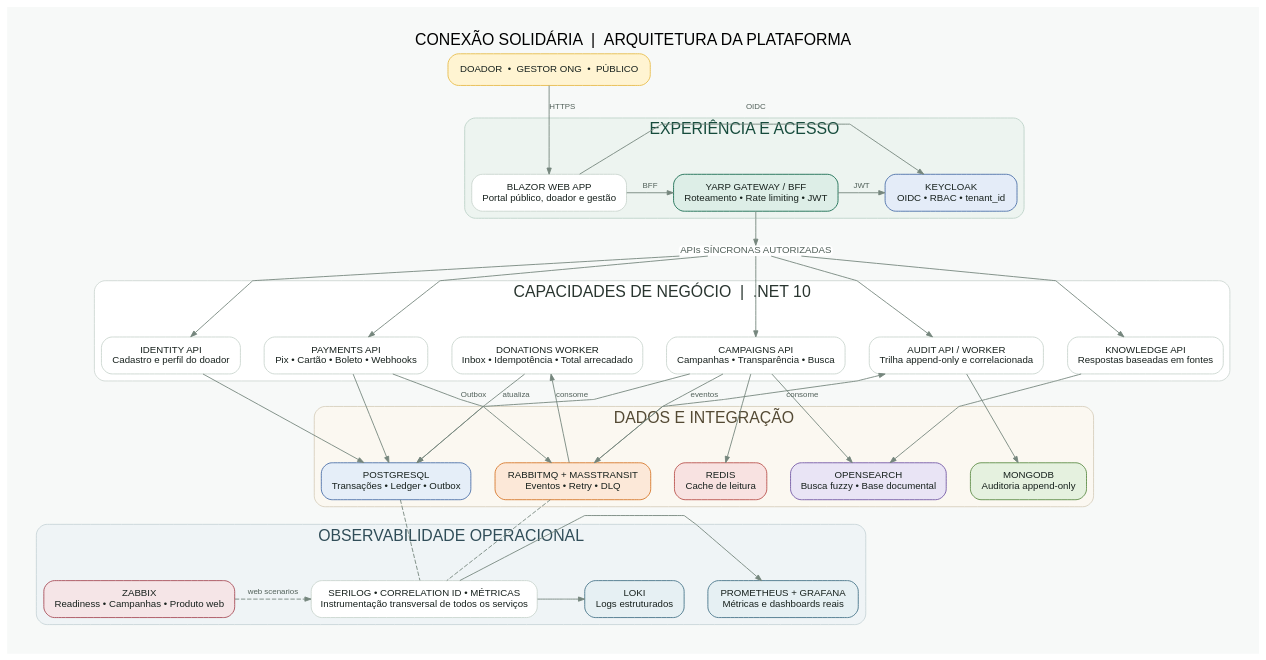
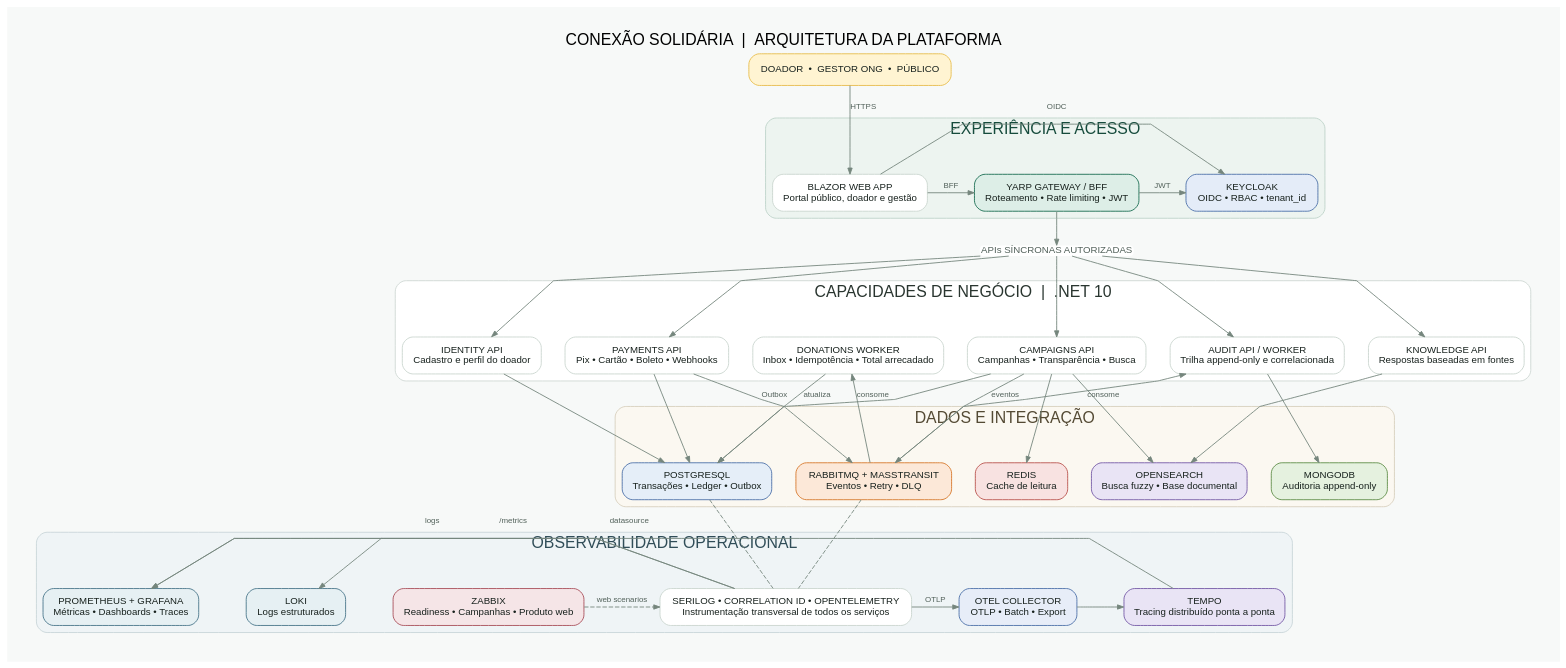
Before and after one commit to louresb/fiap-conexao-solidaria: the diagram in docs/architecture/platform-architecture.dot, drawn with Graphviz. The commit also changed 36 other files, not shown here.

```diff
--- a/docs/architecture/platform-architecture.dot
+++ b/docs/architecture/platform-architecture.dot
@@ -1,81 +1,88 @@
 digraph ConexaoSolidaria {
   graph [rankdir=TB, bgcolor="#F7F9F8", pad="0.35", nodesep="0.38", ranksep="0.52", splines=polyline, fontname="Arial", fontsize=18, labelloc="t", label="CONEXÃO SOLIDÁRIA  |  ARQUITETURA DA PLATAFORMA"];
   node [shape=rect, style="rounded,filled", color="#CAD5CF", fillcolor="#FFFFFF", fontname="Arial", fontcolor="#17211D", fontsize=11, margin="0.18,0.12"];
   edge [color="#75867D", fontname="Arial", fontcolor="#52615A", fontsize=9, arrowsize=0.7];
 
   personas [label="DOADOR  •  GESTOR ONG  •  PÚBLICO", fillcolor="#FFF4D2", color="#E8BC4B"];
 
   subgraph cluster_access {
     label="EXPERIÊNCIA E ACESSO";
     style="rounded,filled"; color="#BED3C9"; fillcolor="#EDF4F0"; fontcolor="#164B3C";
     web [label="BLAZOR WEB APP\nPortal público, doador e gestão"];
     gateway [label="YARP GATEWAY / BFF\nRoteamento • Rate limiting • JWT", fillcolor="#DDEEE7", color="#176B50"];
     keycloak [label="KEYCLOAK\nOIDC • RBAC • tenant_id", fillcolor="#E4ECF8", color="#4B6FA8"];
     { rank=same; web; gateway; keycloak; }
   }
 
   routing [label="APIs SÍNCRONAS AUTORIZADAS", shape=plain, fontcolor="#52615A"];
 
   subgraph cluster_services {
     label="CAPACIDADES DE NEGÓCIO  |  .NET 10";
     style="rounded,filled"; color="#CFD8D3"; fillcolor="#FFFFFF"; fontcolor="#29352F";
     identity [label="IDENTITY API\nCadastro e perfil do doador"];
     campaigns [label="CAMPAIGNS API\nCampanhas • Transparência • Busca"];
     payments [label="PAYMENTS API\nPix • Cartão • Boleto • Webhooks"];
     worker [label="DONATIONS WORKER\nInbox • Idempotência • Total arrecadado"];
     audit [label="AUDIT API / WORKER\nTrilha append-only e correlacionada"];
     knowledge [label="KNOWLEDGE API\nRespostas baseadas em fontes"];
     { rank=same; identity; campaigns; payments; worker; audit; knowledge; }
   }
 
   subgraph cluster_data {
     label="DADOS E INTEGRAÇÃO";
     style="rounded,filled"; color="#D8D0BE"; fillcolor="#FBF8F1"; fontcolor="#544A34";
     postgres [label="POSTGRESQL\nTransações • Ledger • Outbox", fillcolor="#E5EEF8", color="#4B6FA8"];
     redis [label="REDIS\nCache de leitura", fillcolor="#F8E2E1", color="#B9514C"];
     rabbit [label="RABBITMQ + MASSTRANSIT\nEventos • Retry • DLQ", fillcolor="#FCE8D8", color="#D77729"];
     search [label="OPENSEARCH\nBusca fuzzy • Base documental", fillcolor="#E9E4F5", color="#7458A6"];
     mongo [label="MONGODB\nAuditoria append-only", fillcolor="#E5F1DF", color="#5E8D47"];
     { rank=same; postgres; redis; rabbit; search; mongo; }
   }
 
   subgraph cluster_observability {
     label="OBSERVABILIDADE OPERACIONAL";
     style="rounded,filled"; color="#C9D5D9"; fillcolor="#EFF4F6"; fontcolor="#304D58";
-    telemetry [label="SERILOG • CORRELATION ID • MÉTRICAS\nInstrumentação transversal de todos os serviços"];
-    grafana [label="PROMETHEUS + GRAFANA\nMétricas e dashboards reais", fillcolor="#E6F0F3", color="#477589"];
+    telemetry [label="SERILOG • CORRELATION ID • OPENTELEMETRY\nInstrumentação transversal de todos os serviços"];
+    collector [label="OTEL COLLECTOR\nOTLP • Batch • Export", fillcolor="#E7EDF8", color="#4B6FA8"];
+    tempo [label="TEMPO\nTracing distribuído ponta a ponta", fillcolor="#E9E4F5", color="#7458A6"];
+    grafana [label="PROMETHEUS + GRAFANA\nMétricas • Dashboards • Traces", fillcolor="#E6F0F3", color="#477589"];
     loki [label="LOKI\nLogs estruturados", fillcolor="#E6F0F3", color="#477589"];
     zabbix [label="ZABBIX\nReadiness • Campanhas • Produto web", fillcolor="#F5E5E7", color="#A84D58"];
-    { rank=same; telemetry; grafana; loki; zabbix; }
+    { rank=same; telemetry; collector; tempo; }
+    { rank=same; grafana; loki; zabbix; }
   }
 
   personas -> web [label="HTTPS"];
   web -> gateway [label="BFF"];
   web -> keycloak [label="OIDC"];
   gateway -> keycloak [label="JWT"];
   gateway -> routing;
   routing -> identity;
   routing -> campaigns;
   routing -> payments;
   routing -> audit;
   routing -> knowledge;
 
   identity -> postgres;
   campaigns -> postgres;
   campaigns -> redis;
   campaigns -> search;
   payments -> postgres;
   payments -> rabbit [label="Outbox"];
   campaigns -> rabbit [label="eventos"];
   rabbit -> worker [label="consome"];
   rabbit -> audit [label="consome"];
   worker -> postgres [label="atualiza"];
   knowledge -> search;
   audit -> mongo;
 
   postgres -> telemetry [style=dashed, arrowhead=none];
   rabbit -> telemetry [style=dashed, arrowhead=none];
-  telemetry -> grafana;
-  telemetry -> loki;
-  zabbix -> telemetry [label="web scenarios", style=dashed];
+  telemetry -> collector [label="OTLP", weight=100];
+  collector -> tempo [weight=100];
+  tempo -> grafana [label="datasource", constraint=false];
+  telemetry -> grafana [label="/metrics", constraint=false];
+  telemetry -> loki [label="logs", constraint=false];
+  zabbix -> telemetry [label="web scenarios", style=dashed, constraint=false];
+  grafana -> loki -> zabbix [style=invis, weight=100];
 }
```
